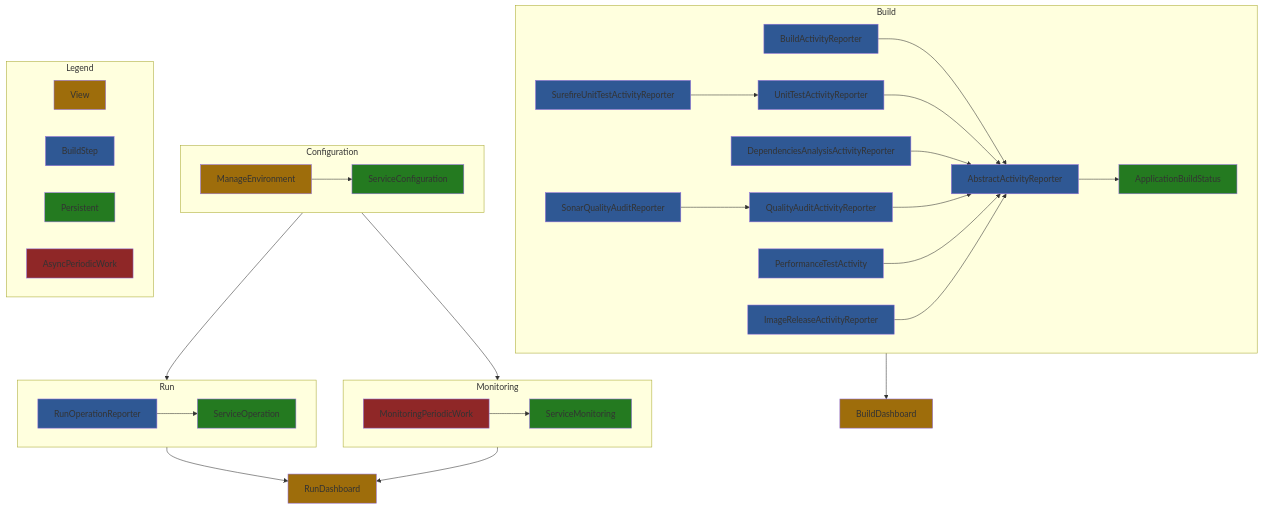
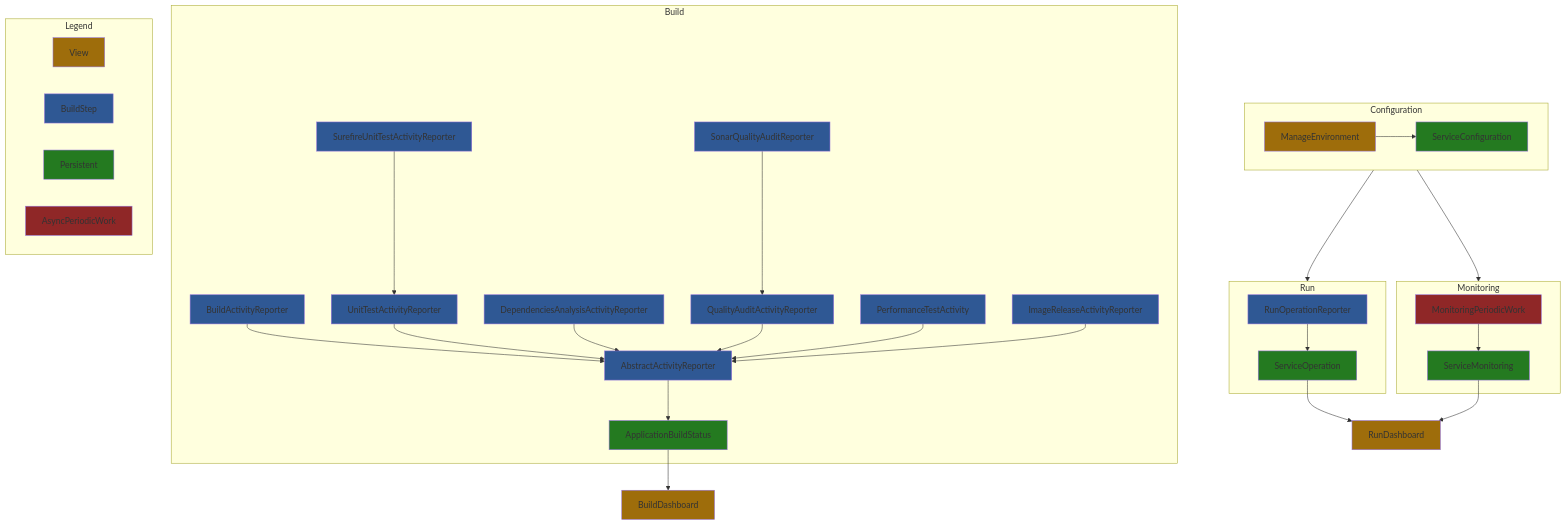
The diagram in README.md (jenkinsci/devops-portal-plugin), drawn with Mermaid before and after one commit.

````diff
--- a/README.md
+++ b/README.md
@@ -412,44 +412,44 @@
 ```mermaid
 flowchart TB
     subgraph Configuration
     ManageEnvironment:::view --> ServiceConfiguration:::entity
     end
     
     subgraph Run
     RunOperationReporter:::reporter --> ServiceOperation:::entity
     end
     
     subgraph Monitoring
     MonitoringPeriodicWork:::worker --> ServiceMonitoring:::entity
     end
     
     subgraph Build
     BuildActivityReporter:::reporter --> AbstractActivityReporter:::reporter
     UnitTestActivityReporter:::reporter --> AbstractActivityReporter:::reporter
     SurefireUnitTestActivityReporter:::reporter --> UnitTestActivityReporter:::reporter
     DependenciesAnalysisActivityReporter:::reporter --> AbstractActivityReporter:::reporter
     QualityAuditActivityReporter:::reporter --> AbstractActivityReporter:::reporter
     SonarQualityAuditReporter:::reporter --> QualityAuditActivityReporter:::reporter
     PerformanceTestActivity:::reporter --> AbstractActivityReporter:::reporter
     ImageReleaseActivityReporter:::reporter --> AbstractActivityReporter:::reporter
     AbstractActivityReporter:::reporter --> ApplicationBuildStatus:::entity
     end
     
     subgraph Legend
     View:::view
     BuildStep:::reporter
     Persistent:::entity
     AsyncPeriodicWork:::worker
     end
     
     Configuration --> Run
     Configuration --> Monitoring
-    Run --> RunDashboard:::view
-    Monitoring --> RunDashboard:::view
-    Build --> BuildDashboard:::view
+    ServiceOperation:::entity --> RunDashboard:::view
+    ServiceMonitoring:::entity --> RunDashboard:::view
+    ApplicationBuildStatus:::entity --> BuildDashboard:::view
     
     classDef view fill:#9e6d0b
     classDef reporter fill:#2f5894
     classDef entity fill:#247a20
     classDef worker fill:#8f2727
 ```
````
